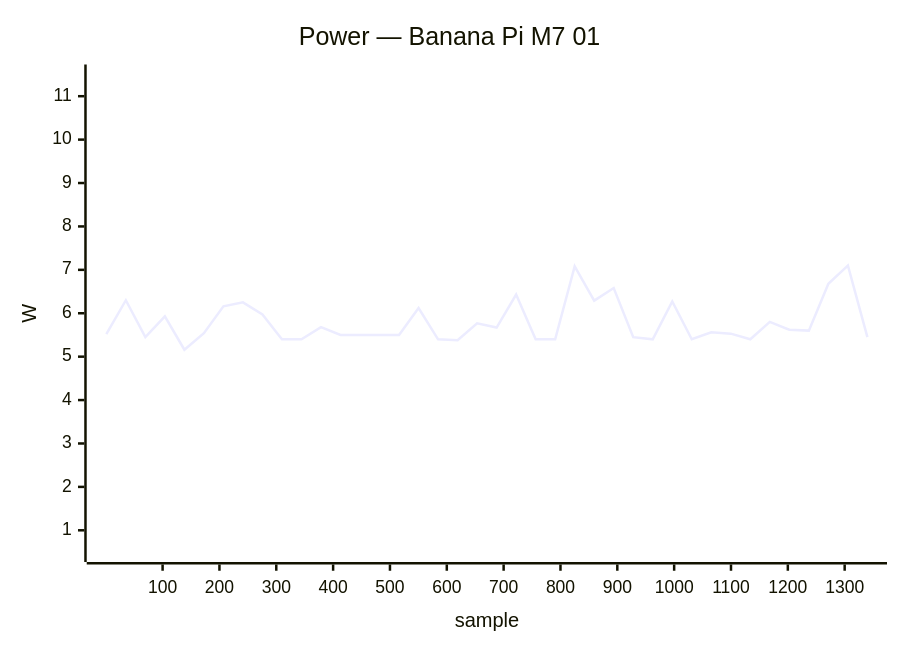
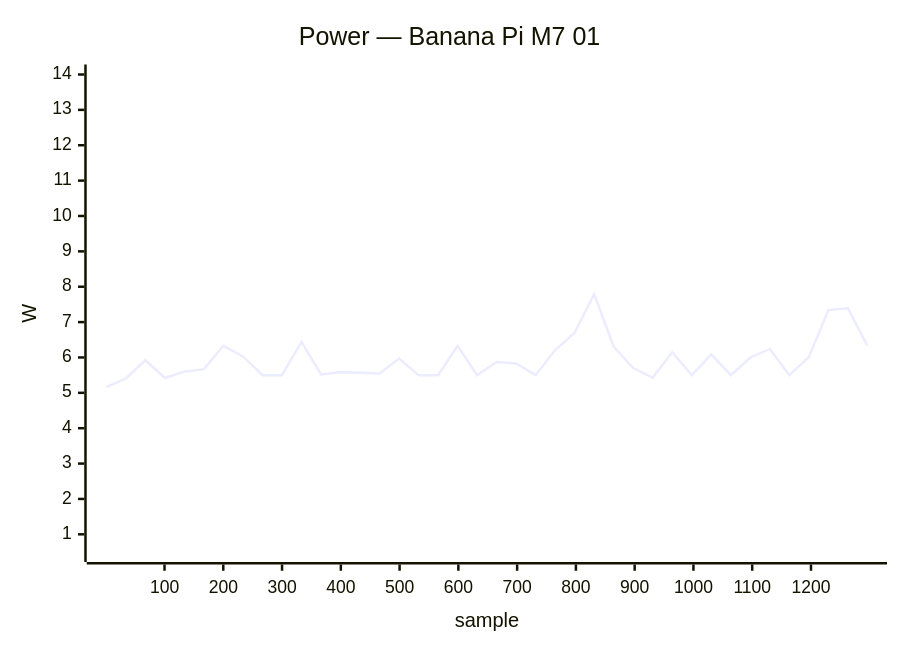
The tenth of 34 diagrams in docs/status/board-tests.md (armbian/documentation), drawn with Mermaid before and after one commit. The commit also changed other lines of this file, not shown here.

````diff
--- a/docs/status/board-tests.md
+++ b/docs/status/board-tests.md
@@ -1060,7 +441,7 @@
 ```mermaid
 xychart-beta
     title "Power — Banana Pi M7 01"
-    x-axis "sample" 1 --> 1340
-    y-axis "W" 0.5 --> 11.5
-    line [5.52, 6.30, 5.45, 5.93, 5.16, 5.54, 6.16, 6.25, 5.97, 5.40, 5.40, 5.68, 5.50, 5.50, 5.50, 5.50, 6.12, 5.40, 5.38, 5.77, 5.67, 6.43, 5.40, 5.40, 7.08, 6.29, 6.58, 5.45, 5.40, 6.27, 5.40, 5.56, 5.53, 5.40, 5.80, 5.62, 5.60, 6.68, 7.10, 5.45]
+    x-axis "sample" 1 --> 1296
+    y-axis "W" 0.5 --> 14.0
+    line [5.16, 5.41, 5.92, 5.42, 5.60, 5.67, 6.33, 6.03, 5.50, 5.50, 6.44, 5.52, 5.58, 5.57, 5.55, 5.97, 5.50, 5.50, 6.33, 5.50, 5.87, 5.83, 5.50, 6.21, 6.70, 7.79, 6.30, 5.70, 5.43, 6.15, 5.50, 6.09, 5.50, 6.00, 6.24, 5.50, 6.01, 7.34, 7.39, 6.33]
 ```
````
